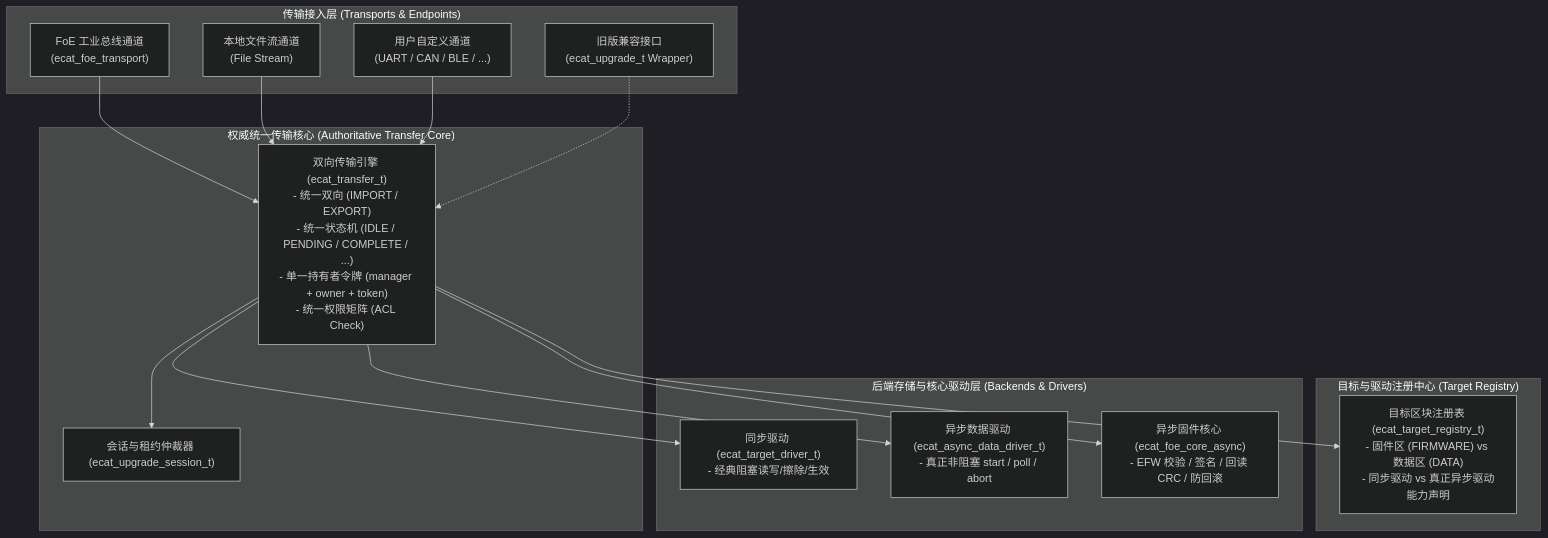
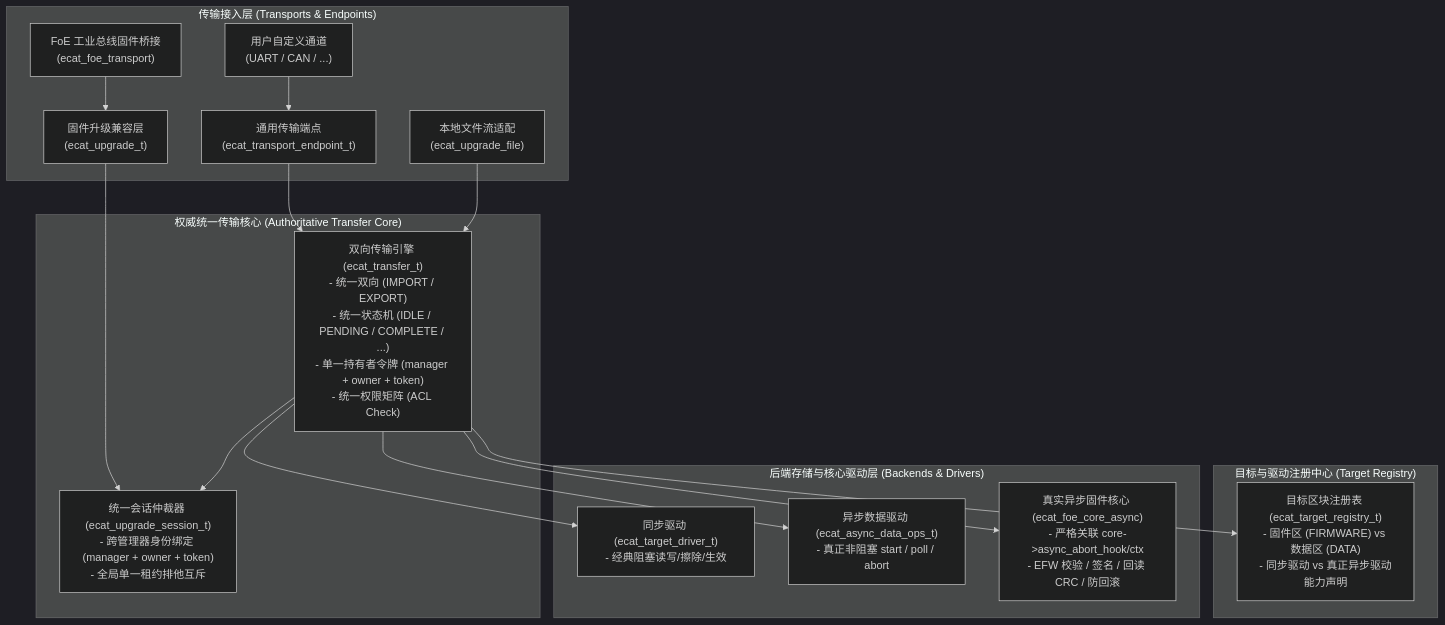
The first of 3 diagrams in docs/architecture/unified-transfer-architecture.md (LckAndLove/embed-ldr), drawn with Mermaid (dark theme) before and after one commit. The commit also changed other lines of this file and 8 other files, not shown here.

Commit message:
fix(transfer): enforce real core async ops binding and document unified transport boundaries / 强化真实固件核心绑定校验并明确传输架构边界

````diff
--- a/docs/architecture/unified-transfer-architecture.md
+++ b/docs/architecture/unified-transfer-architecture.md
@@ -15,35 +15,37 @@
 ```mermaid
 flowchart TD
     subgraph Transports["传输接入层 (Transports & Endpoints)"]
-        FoE["FoE 工业总线通道\n(ecat_foe_transport)"]
-        File["本地文件流通道\n(File Stream)"]
-        Custom["用户自定义通道\n(UART / CAN / BLE / ...)"]
-        Legacy["旧版兼容接口\n(ecat_upgrade_t Wrapper)"]
+        FoE["FoE 工业总线固件桥接\n(ecat_foe_transport)"]
+        Endpoint["通用传输端点\n(ecat_transport_endpoint_t)"]
+        File["本地文件流适配\n(ecat_upgrade_file)"]
+        Custom["用户自定义通道\n(UART / CAN / ...)"]
+        Legacy["固件升级兼容层\n(ecat_upgrade_t)"]
     end
 
     subgraph Core["权威统一传输核心 (Authoritative Transfer Core)"]
         TransferMgr["双向传输引擎 (ecat_transfer_t)\n- 统一双向 (IMPORT / EXPORT)\n- 统一状态机 (IDLE / PENDING / COMPLETE / ...)\n- 单一持有者令牌 (manager + owner + token)\n- 统一权限矩阵 (ACL Check)"]
-        SharedSession["会话与租约仲裁器 (ecat_upgrade_session_t)"]
+        SharedSession["统一会话仲裁器 (ecat_upgrade_session_t)\n- 跨管理器身份绑定 (manager + owner + token)\n- 全局单一租约排他互斥"]
     end
 
     subgraph Registry["目标与驱动注册中心 (Target Registry)"]
         TargetReg["目标区块注册表 (ecat_target_registry_t)\n- 固件区 (FIRMWARE) vs 数据区 (DATA)\n- 同步驱动 vs 真正异步驱动能力声明"]
     end
 
     subgraph Drivers["后端存储与核心驱动层 (Backends & Drivers)"]
         SyncDrv["同步驱动 (ecat_target_driver_t)\n- 经典阻塞读写/擦除/生效"]
-        AsyncDataDrv["异步数据驱动 (ecat_async_data_driver_t)\n- 真正非阻塞 start / poll / abort"]
-        AsyncFwCore["异步固件核心 (ecat_foe_core_async)\n- EFW 校验 / 签名 / 回读 CRC / 防回滚"]
+        AsyncDataDrv["异步数据驱动 (ecat_async_data_ops_t)\n- 真正非阻塞 start / poll / abort"]
+        AsyncFwCore["真实异步固件核心 (ecat_foe_core_async)\n- 严格关联 core->async_abort_hook/ctx\n- EFW 校验 / 签名 / 回读 CRC / 防回滚"]
     end
 
-    FoE --> TransferMgr
+    FoE --> Legacy
+    Legacy --> SharedSession
+    Endpoint --> TransferMgr
     File --> TransferMgr
-    Custom --> TransferMgr
-    Legacy -.-> TransferMgr
+    Custom --> Endpoint
 
     TransferMgr --> SharedSession
     TransferMgr --> TargetReg
     TransferMgr --> SyncDrv
     TransferMgr --> AsyncDataDrv
     TransferMgr --> AsyncFwCore
 ```
````
